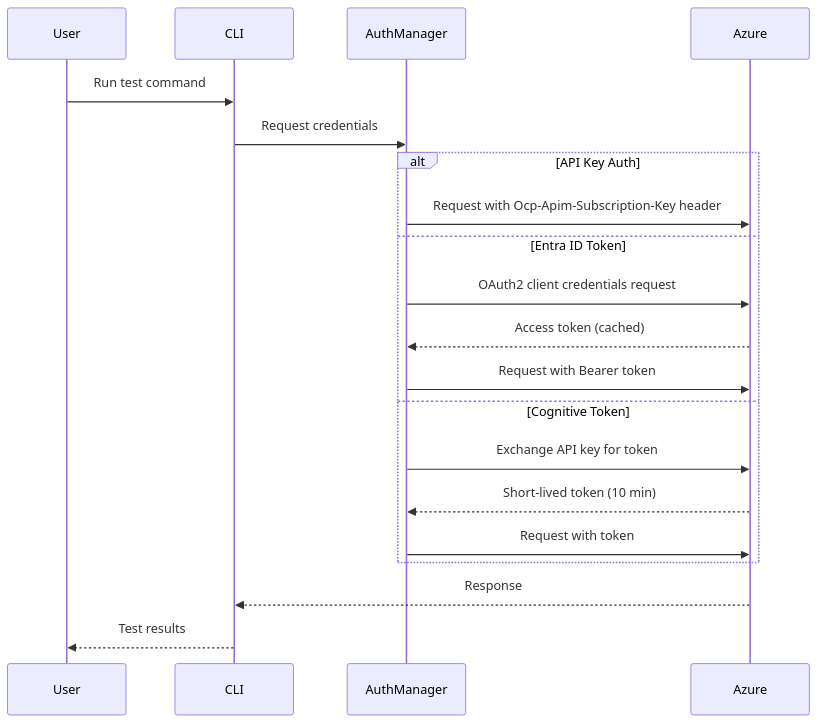
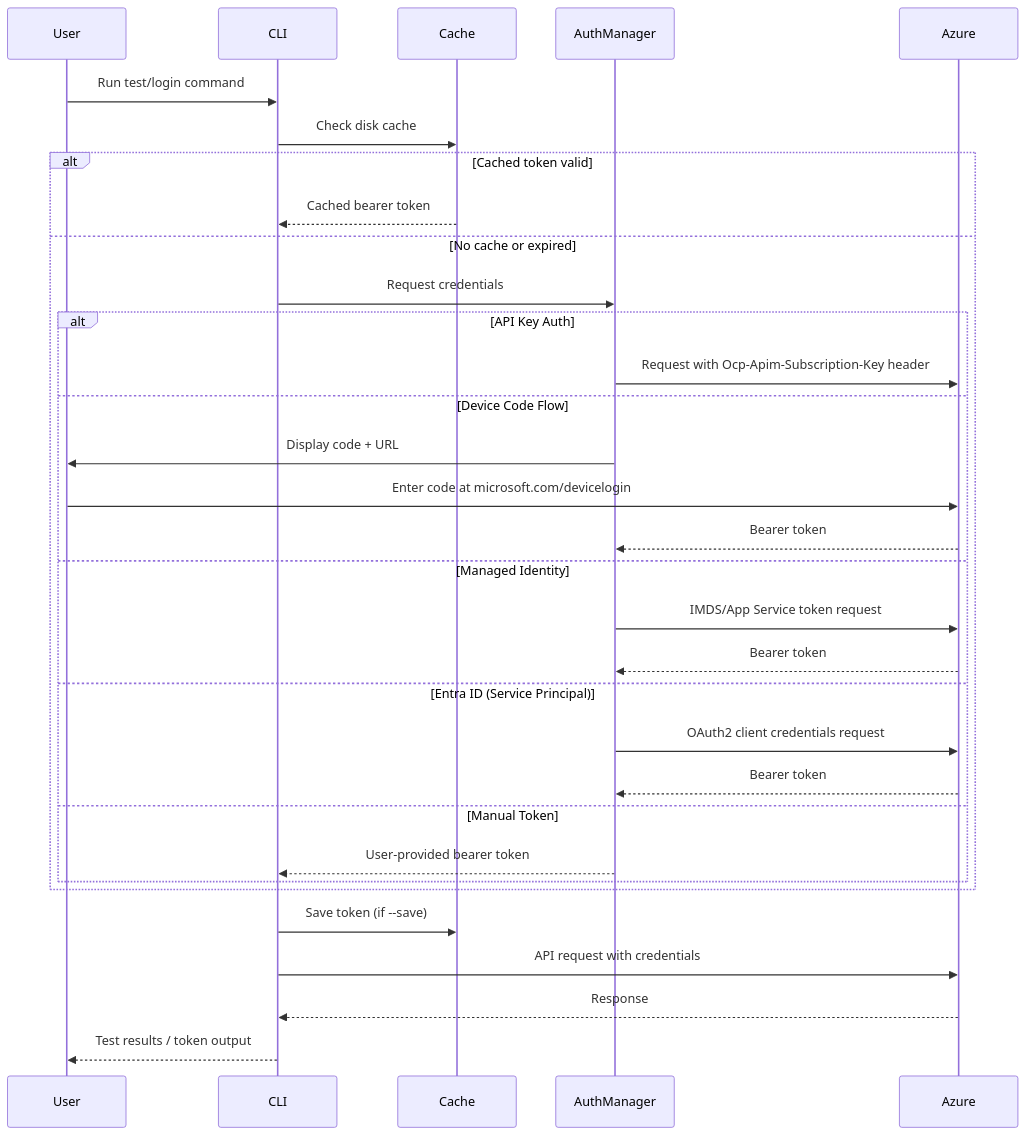
The third of 6 diagrams in README.md (enu235/azure-aitoolsconnect), drawn with Mermaid before and after one commit. The commit also changed other lines of this file and 1 other file, not shown here.

First line of the commit message:
Update README and USAGE docs for login command, token caching, and UX improvements

````diff
--- a/README.md
+++ b/README.md
@@ -87,25 +93,37 @@
 ```mermaid
 sequenceDiagram
     participant User
     participant CLI
+    participant Cache
     participant AuthManager
     participant Azure
 
-    User->>CLI: Run test command
-    CLI->>AuthManager: Request credentials
+    User->>CLI: Run test/login command
+    CLI->>Cache: Check disk cache
 
-    alt API Key Auth
-        AuthManager->>Azure: Request with Ocp-Apim-Subscription-Key header
-    else Entra ID Token
-        AuthManager->>Azure: OAuth2 client credentials request
-        Azure-->>AuthManager: Access token (cached)
-        AuthManager->>Azure: Request with Bearer token
-    else Cognitive Token
-        AuthManager->>Azure: Exchange API key for token
-        Azure-->>AuthManager: Short-lived token (10 min)
-        AuthManager->>Azure: Request with token
+    alt Cached token valid
+        Cache-->>CLI: Cached bearer token
+    else No cache or expired
+        CLI->>AuthManager: Request credentials
+        alt API Key Auth
+            AuthManager->>Azure: Request with Ocp-Apim-Subscription-Key header
+        else Device Code Flow
+            AuthManager->>User: Display code + URL
+            User->>Azure: Enter code at microsoft.com/devicelogin
+            Azure-->>AuthManager: Bearer token
+        else Managed Identity
+            AuthManager->>Azure: IMDS/App Service token request
+            Azure-->>AuthManager: Bearer token
+        else Entra ID (Service Principal)
+            AuthManager->>Azure: OAuth2 client credentials request
+            Azure-->>AuthManager: Bearer token
+        else Manual Token
+            AuthManager-->>CLI: User-provided bearer token
+        end
     end
 
+    CLI->>Cache: Save token (if --save)
+    CLI->>Azure: API request with credentials
     Azure-->>CLI: Response
-    CLI-->>User: Test results
+    CLI-->>User: Test results / token output
 ```
````
